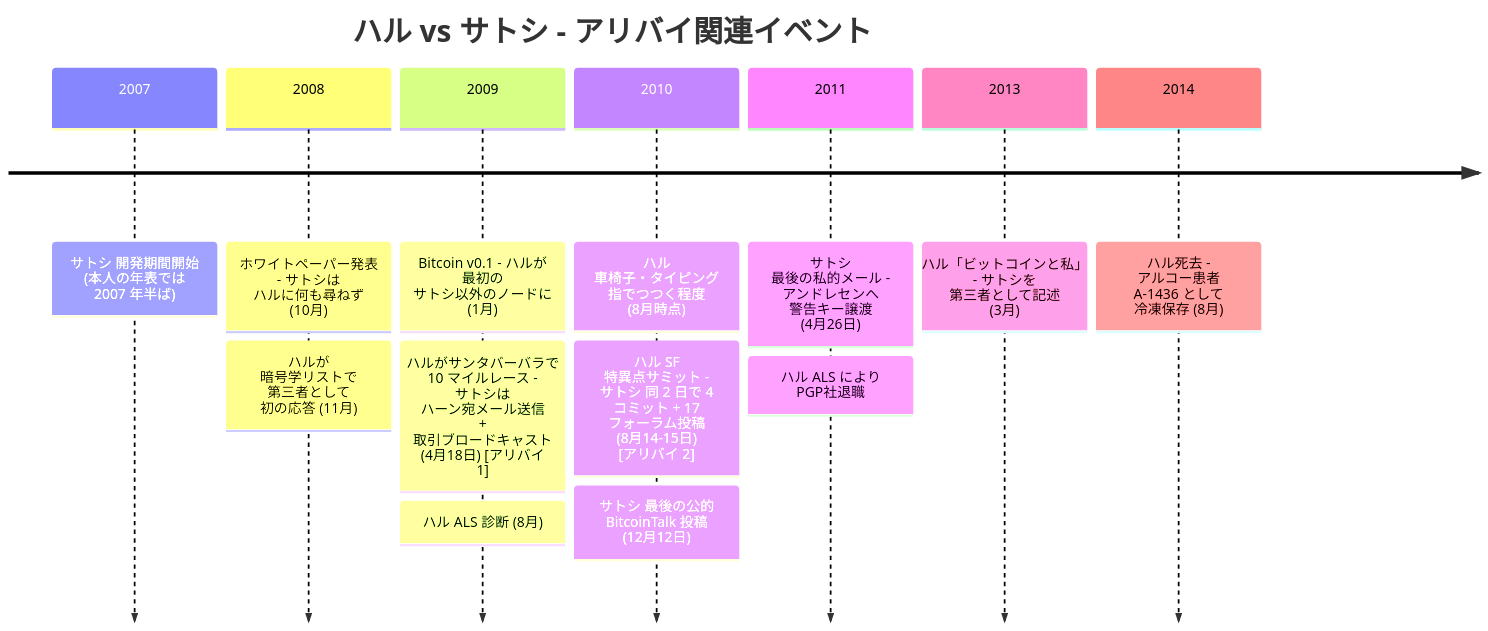
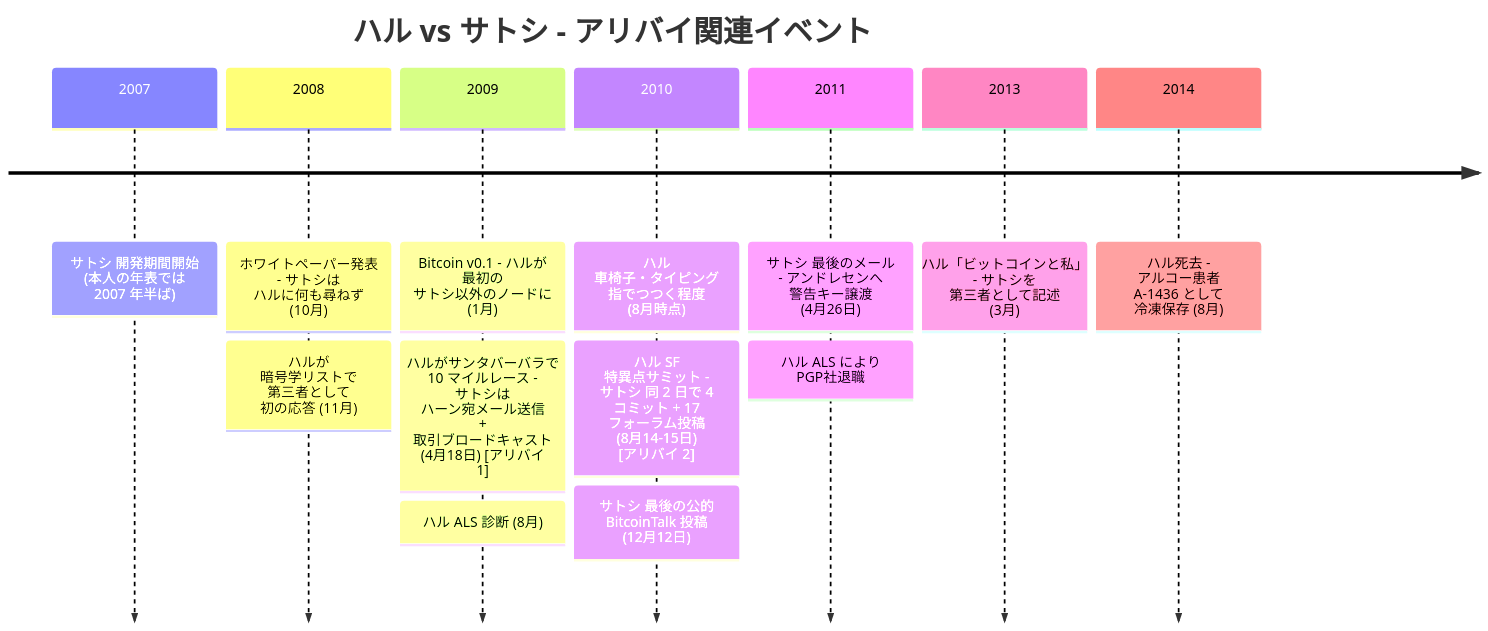
Before and after one commit to cypher256/BitcoinArchive: the diagram in src/data/translations/ja/analysis/2014-03-25-hal-finney-satoshi-identity-hypothesis.md, drawn with Mermaid. The commit also changed other lines of this file and 30 other files, not shown here.

````diff
--- a/src/data/translations/ja/analysis/2014-03-25-hal-finney-satoshi-identity-hypothesis.md
+++ b/src/data/translations/ja/analysis/2014-03-25-hal-finney-satoshi-identity-hypothesis.md
@@ -67,17 +67,17 @@
 ```mermaid
 timeline
     title ハル vs サトシ - アリバイ関連イベント
     2007 : サトシ 開発期間開始 (本人の年表では 2007 年半ば)
     2008 : ホワイトペーパー発表 - サトシは ハルに何も尋ねず (10月)
          : ハルが 暗号学リストで 第三者として 初の応答 (11月)
     2009 : Bitcoin v0.1 - ハルが 最初の サトシ以外のノードに (1月)
          : ハルがサンタバーバラで 10 マイルレース - サトシは ハーン宛メール送信 + 取引ブロードキャスト (4月18日) [アリバイ 1]
          : ハル ALS 診断 (8月)
     2010 : ハル 車椅子・タイピング 指でつつく程度 (8月時点)
          : ハル SF 特異点サミット - サトシ 同 2 日で 4 コミット + 17 フォーラム投稿 (8月14-15日) [アリバイ 2]
          : サトシ 最後の公的 BitcoinTalk 投稿 (12月12日)
-    2011 : サトシ 最後の私的メール - アンドレセンへ 警告キー譲渡 (4月26日)
+    2011 : サトシ 最後のメール - アンドレセンへ 警告キー譲渡 (4月26日)
          : ハル ALS により PGP社退職
     2013 : ハル「ビットコインと私」 - サトシを 第三者として記述 (3月)
     2014 : ハル死去 - アルコー患者 A-1436 として 冷凍保存 (8月)
 ```
````
